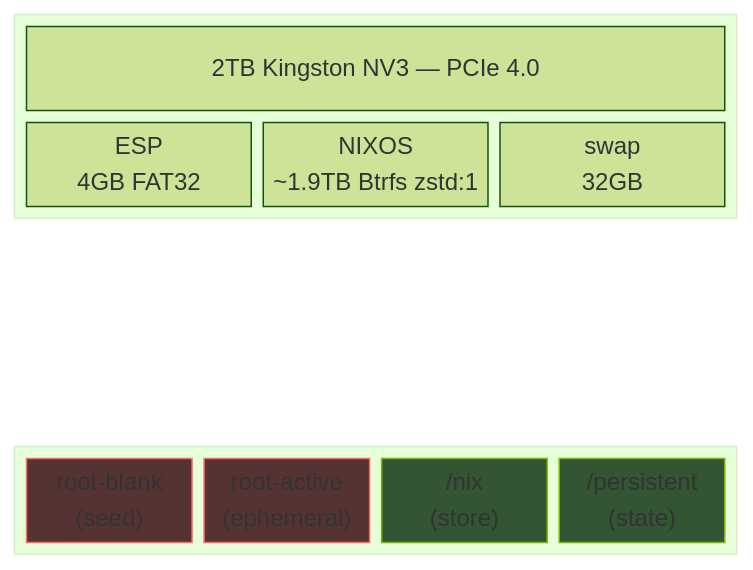
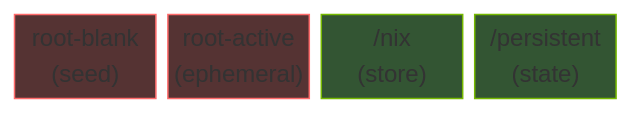
One commit to mvrozanti/mandragora changed the second of 2 diagrams in README.md. Above: the diagram before and after it, drawn with Mermaid (forest theme). The commit also changed other lines of this file and 2 other files, not shown here.

````diff
--- a/README.md
+++ b/README.md
@@ -75,27 +75,13 @@
 ```mermaid
 block-beta
-    columns 3
-
-    block:nvme:3
-        columns 3
-        header["2TB Kingston NV3 — PCIe 4.0"]:3
-        esp["ESP\n4GB FAT32"]
-        btrfs["NIXOS\n~1.9TB Btrfs zstd:1"]
-        swap["swap\n32GB"]
-    end
-
-    space:3
-
-    block:subvols:3
-        columns 4
-        rb["root-blank\n(seed)"]
-        ra["root-active\n(ephemeral)"]
-        nix["/nix\n(store)"]
-        pers["/persistent\n(state)"]
-    end
+    columns 4
+    rb["root-blank\n(seed)"]
+    ra["root-active\n(ephemeral)"]
+    nix["/nix\n(store)"]
+    pers["/persistent\n(state)"]
 
     style rb fill:#553333,stroke:#FF6B6B,color:#fff
     style ra fill:#553333,stroke:#FF6B6B,color:#fff
     style nix fill:#335533,stroke:#76B900,color:#fff
     style pers fill:#335533,stroke:#76B900,color:#fff
 ```
````
